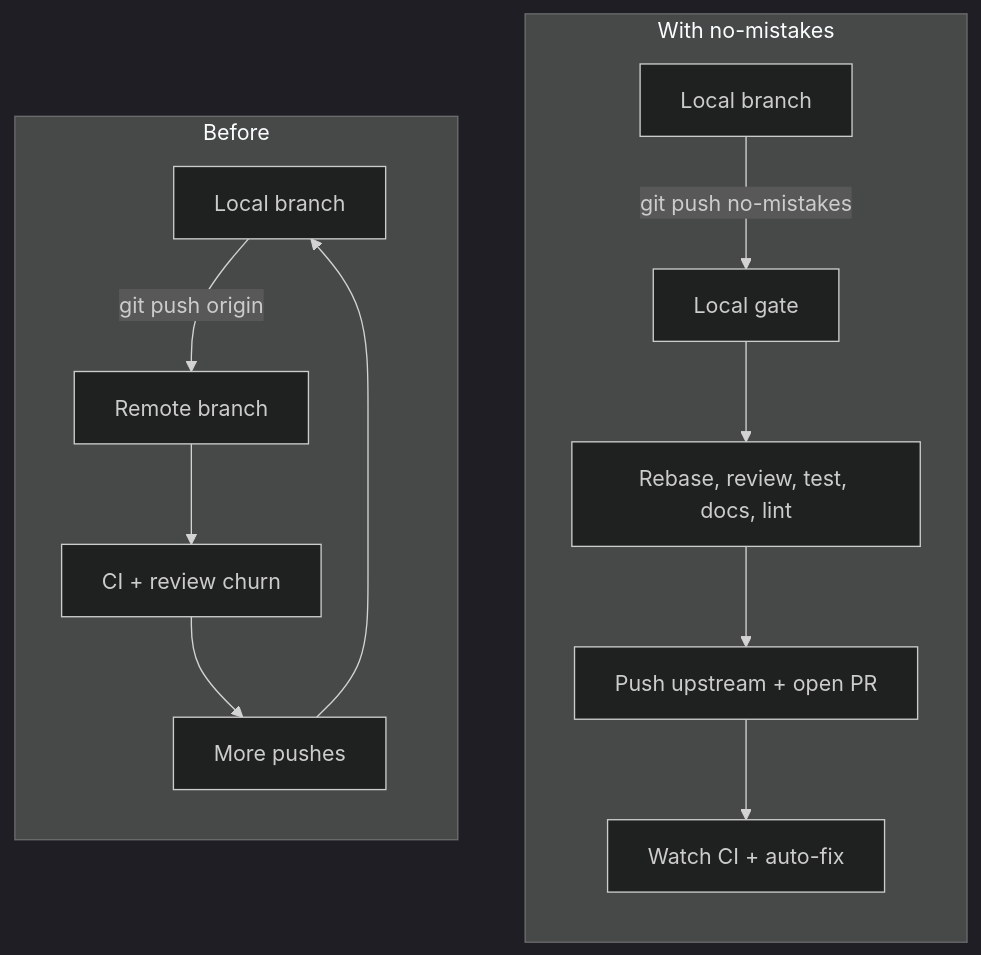
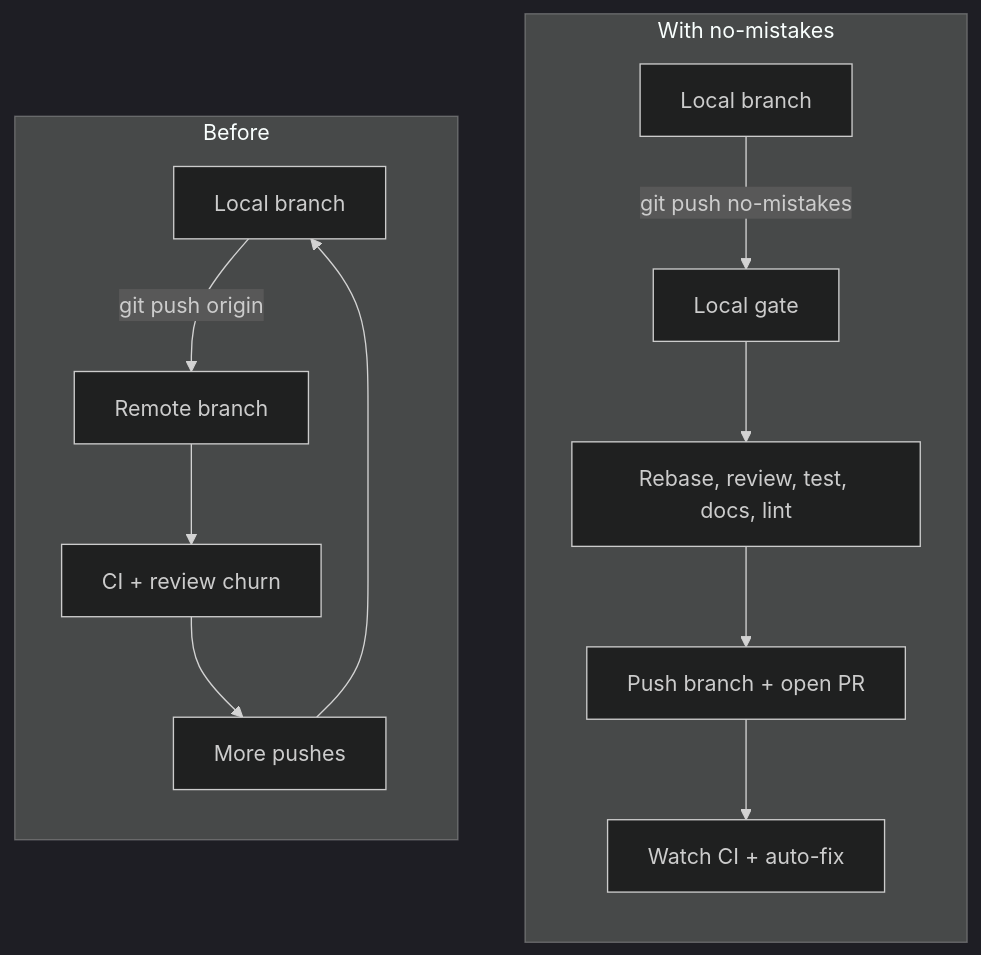
Before and after one commit to kunchenguid/no-mistakes: the diagram in docs/src/content/docs/index.mdx, drawn with Mermaid (dark theme). The commit also changed other lines of this file and 22 other files, not shown here.

````diff
--- a/docs/src/content/docs/index.mdx
+++ b/docs/src/content/docs/index.mdx
@@ -27,20 +27,20 @@
 ```mermaid
 flowchart LR
   subgraph before[" Before "]
     direction TB
     A["Local branch"] -->|"git push origin"| B["Remote branch"]
     B --> C["CI + review churn"]
     C --> D["More pushes"]
     D --> A
   end
 
   subgraph after[" With no-mistakes "]
     direction TB
     E["Local branch"] -->|"git push no-mistakes"| F["Local gate"]
     F --> G["Rebase, review, test, docs, lint"]
-    G --> H["Push upstream + open PR"]
+    G --> H["Push branch + open PR"]
     H --> I["Watch CI + auto-fix"]
   end
 
   before ~~~ after
 ```
````
